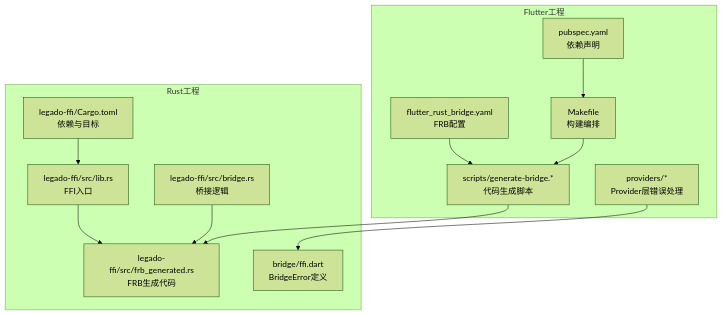
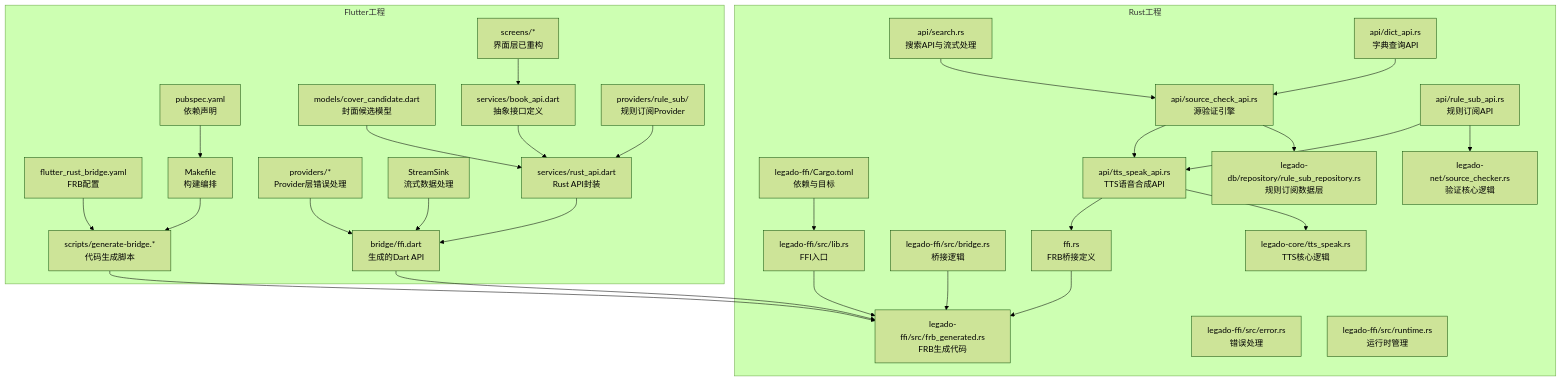
Before and after one commit to ZhangGHGitHub/LegadoTeamFlutter: the first of 3 diagrams in .qoder/repowiki/zh/content/Flutter跨平台应用/FFI集成/FFI集成.md, drawn with Mermaid (forest theme). The commit also changed other lines of this file and 173 other files, not shown here.

````diff
--- a/.qoder/repowiki/zh/content/Flutter跨平台应用/FFI集成/FFI集成.md
+++ b/.qoder/repowiki/zh/content/Flutter跨平台应用/FFI集成/FFI集成.md
@@ -47,25 +74,58 @@
 ```mermaid
 graph TB
 subgraph "Flutter工程"
 A["flutter_rust_bridge.yaml<br/>FRB配置"]
 B["scripts/generate-bridge.*<br/>代码生成脚本"]
 C["pubspec.yaml<br/>依赖声明"]
 D["Makefile<br/>构建编排"]
 E["providers/*<br/>Provider层错误处理"]
+F["bridge/ffi.dart<br/>生成的Dart API"]
+G["StreamSink<br/>流式数据处理"]
+H["services/rust_api.dart<br/>Rust API封装"]
+I["models/cover_candidate.dart<br/>封面候选模型"]
+J["services/book_api.dart<br/>抽象接口定义"]
+K["screens/*<br/>界面层已重构"]
+L["providers/rule_sub/<br/>规则订阅Provider"]
 end
 subgraph "Rust工程"
-F["legado-ffi/src/lib.rs<br/>FFI入口"]
-G["legado-ffi/src/bridge.rs<br/>桥接逻辑"]
-H["legado-ffi/src/frb_generated.rs<br/>FRB生成代码"]
-I["legado-ffi/Cargo.toml<br/>依赖与目标"]
-J["bridge/ffi.dart<br/>BridgeError定义"]
+M["legado-ffi/src/lib.rs<br/>FFI入口"]
+N["legado-ffi/src/bridge.rs<br/>桥接逻辑"]
+O["legado-ffi/src/frb_generated.rs<br/>FRB生成代码"]
+P["legado-ffi/Cargo.toml<br/>依赖与目标"]
+Q["legado-ffi/src/error.rs<br/>错误处理"]
+R["legado-ffi/src/runtime.rs<br/>运行时管理"]
+S["api/search.rs<br/>搜索API与流式处理"]
+T["api/dict_api.rs<br/>字典查询API"]
+U["api/source_check_api.rs<br/>源验证引擎"]
+V["api/rule_sub_api.rs<br/>规则订阅API"]
+W["api/tts_speak_api.rs<br/>TTS语音合成API"]
+X["ffi.rs<br/>FRB桥接定义"]
+Y["legado-db/repository/rule_sub_repository.rs<br/>规则订阅数据层"]
+Z["legado-net/source_checker.rs<br/>验证核心逻辑"]
+AA["legado-core/tts_speak.rs<br/>TTS核心逻辑"]
 end
 A --> B
-B --> H
+B --> O
 C --> D
 D --> B
-F --> H
-G --> H
-I --> F
-E --> J
+M --> O
+N --> O
+P --> M
+E --> F
+F --> O
+S --> U
+T --> U
+U --> W
+V --> W
+W --> X
+X --> O
+G --> F
+H --> F
+I --> H
+J --> H
+K --> J
+U --> Y
+L --> H
+V --> Z
+W --> AA
 ```
````
